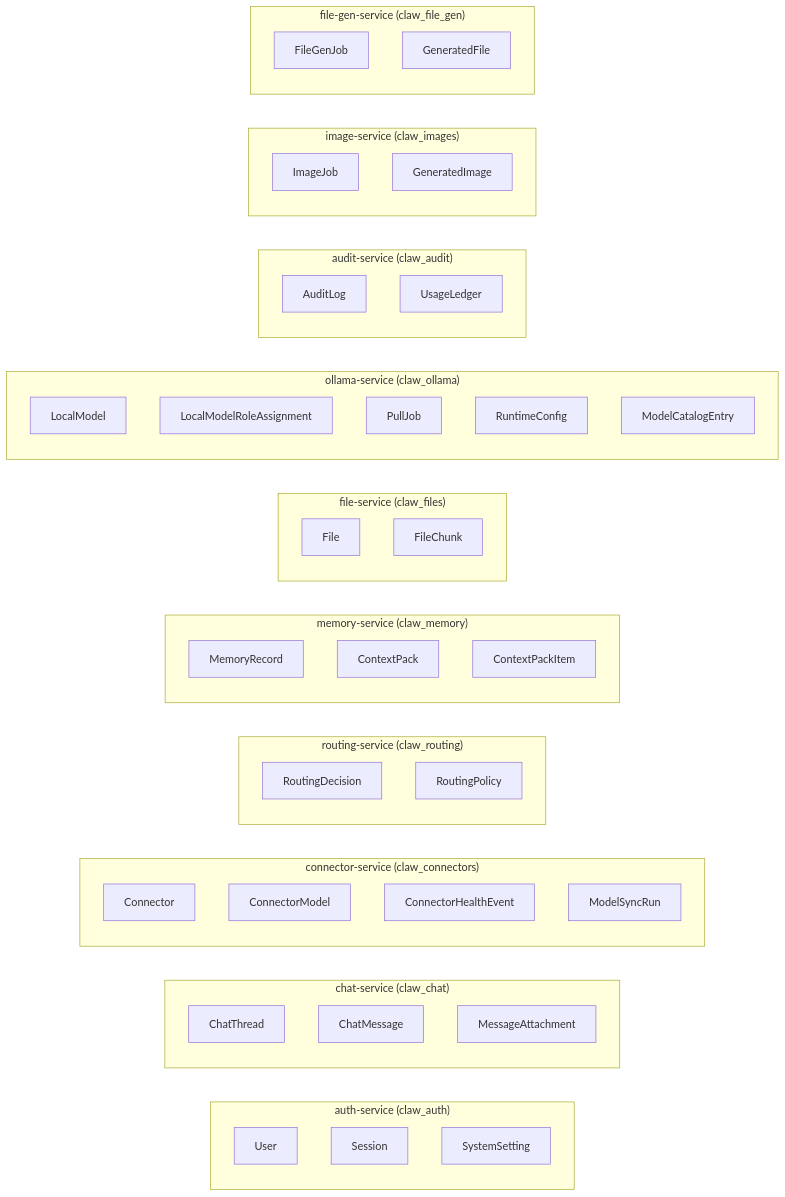
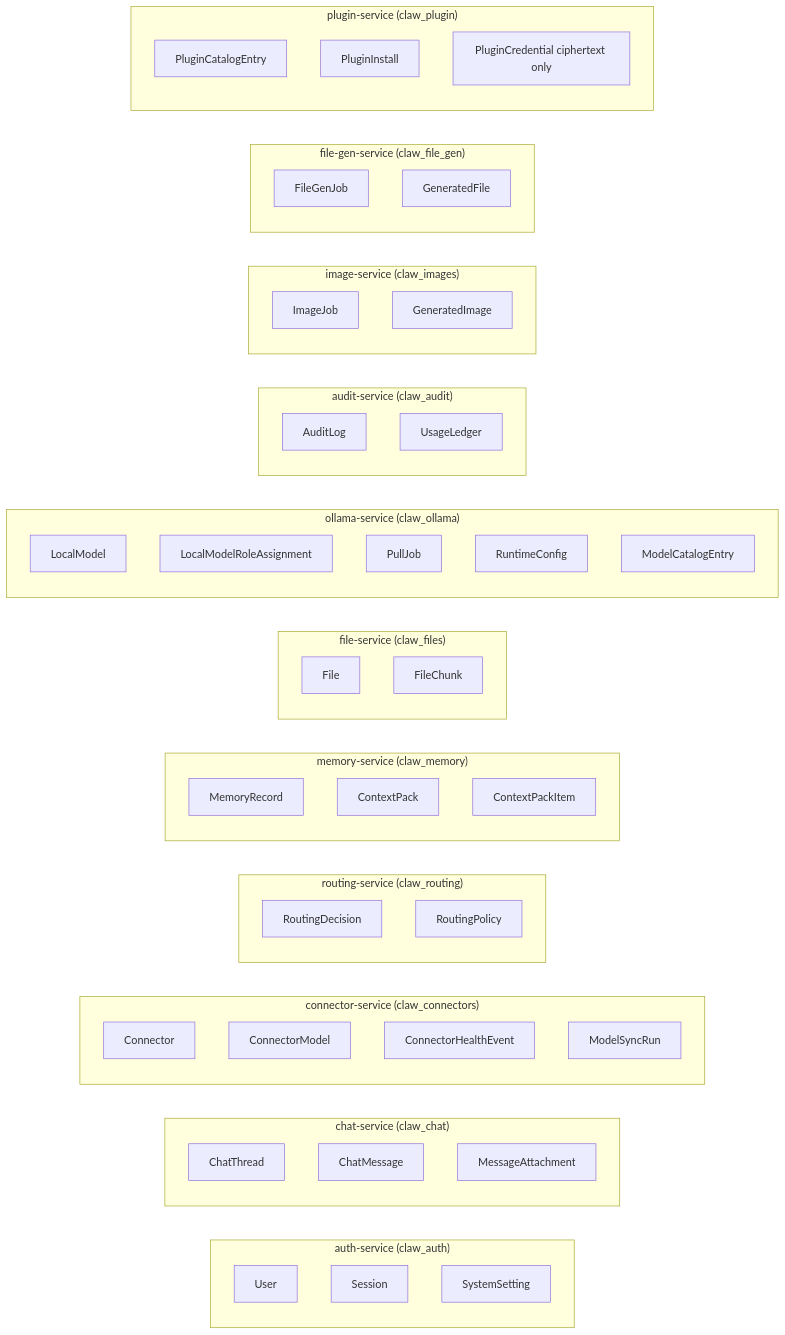
Before and after one commit to ihabkhaled/ClawAI: the diagram in docs/03-architecture/data-ownership.md, drawn with Mermaid. The commit also changed 632 other files, not shown here.

````diff
--- a/docs/03-architecture/data-ownership.md
+++ b/docs/03-architecture/data-ownership.md
@@ -11,60 +11,66 @@
 ```mermaid
 graph LR
     subgraph "auth-service (claw_auth)"
         U[User]
         S[Session]
         SS[SystemSetting]
     end
 
     subgraph "chat-service (claw_chat)"
         CT[ChatThread]
         CM[ChatMessage]
         MA[MessageAttachment]
     end
 
     subgraph "connector-service (claw_connectors)"
         CO[Connector]
         COM[ConnectorModel]
         CHE[ConnectorHealthEvent]
         MSR[ModelSyncRun]
     end
 
     subgraph "routing-service (claw_routing)"
         RD[RoutingDecision]
         RP[RoutingPolicy]
     end
 
     subgraph "memory-service (claw_memory)"
         MR[MemoryRecord]
         CP[ContextPack]
         CPI[ContextPackItem]
     end
 
     subgraph "file-service (claw_files)"
         F[File]
         FC[FileChunk]
     end
 
     subgraph "ollama-service (claw_ollama)"
         LM[LocalModel]
         LRA[LocalModelRoleAssignment]
         PJ[PullJob]
         RC[RuntimeConfig]
         MCE[ModelCatalogEntry]
     end
 
     subgraph "audit-service (claw_audit)"
         AL[AuditLog]
         UL[UsageLedger]
     end
 
     subgraph "image-service (claw_images)"
         IJ[ImageJob]
         GI[GeneratedImage]
     end
 
     subgraph "file-gen-service (claw_file_gen)"
         FGJ[FileGenJob]
         GF[GeneratedFile]
     end
+
+    subgraph "plugin-service (claw_plugin)"
+        PC[PluginCatalogEntry]
+        PI[PluginInstall]
+        PK[PluginCredential ciphertext only]
+    end
 ```
````
